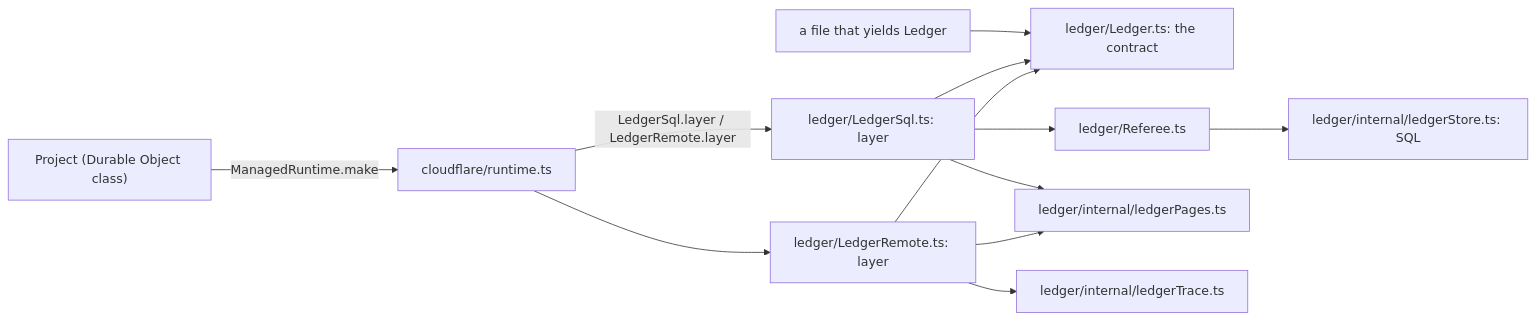
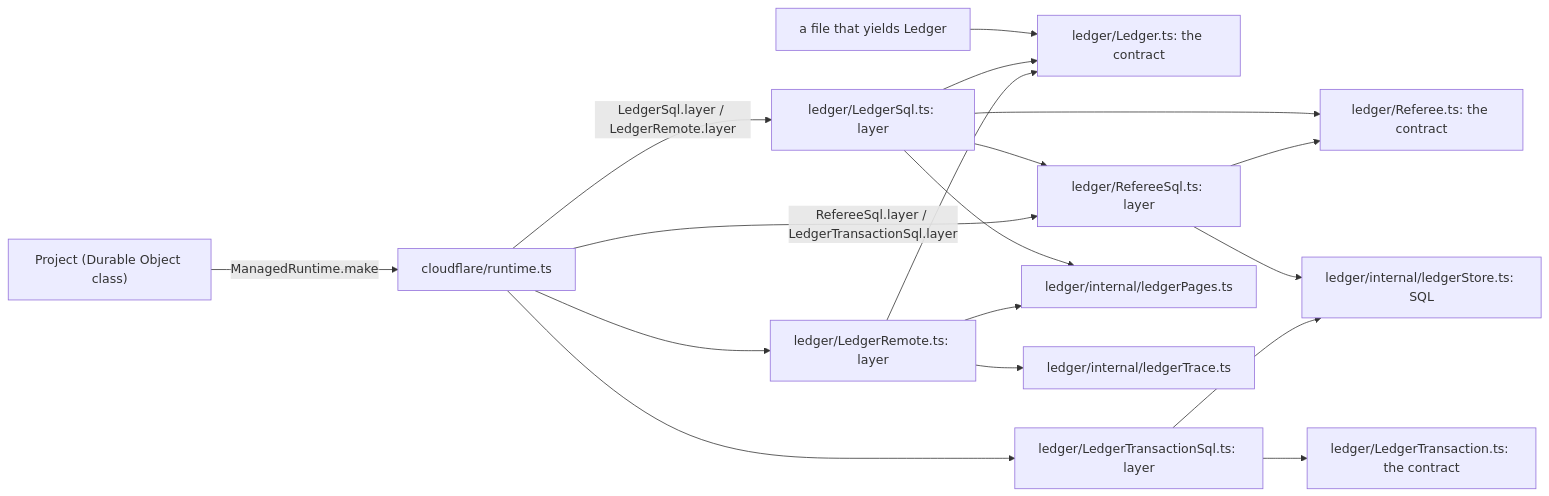
Before and after one commit to usirin/tea-fabrika: the diagram in .patterns/effect-services-and-layers.md, drawn with Mermaid. The commit also changed other lines of this file and 7 other files, not shown here.

Commit message:
T723 build: Ticket 723's build in `next/` is finished. `Referee.ts` and `LedgerTrans

````diff
--- a/.patterns/effect-services-and-layers.md
+++ b/.patterns/effect-services-and-layers.md
@@ -3,14 +3,20 @@
 ```mermaid
 flowchart LR
   caller["a file that yields Ledger"] --> contract["ledger/Ledger.ts: the contract"]
   sql["ledger/LedgerSql.ts: layer"] --> contract
   remote["ledger/LedgerRemote.ts: layer"] --> contract
-  sql --> referee["ledger/Referee.ts"]
-  referee --> store["ledger/internal/ledgerStore.ts: SQL"]
+  sql --> referee["ledger/Referee.ts: the contract"]
+  sql --> refereeSql["ledger/RefereeSql.ts: layer"]
+  refereeSql --> referee
+  refereeSql --> store["ledger/internal/ledgerStore.ts: SQL"]
+  transactionSql["ledger/LedgerTransactionSql.ts: layer"] --> transaction["ledger/LedgerTransaction.ts: the contract"]
+  transactionSql --> store
   sql --> pages["ledger/internal/ledgerPages.ts"]
   remote --> pages
   remote --> trace["ledger/internal/ledgerTrace.ts"]
   runtime["cloudflare/runtime.ts"] -- "LedgerSql.layer / LedgerRemote.layer" --> sql
   runtime --> remote
+  runtime -- "RefereeSql.layer / LedgerTransactionSql.layer" --> refereeSql
+  runtime --> transactionSql
   brain["Project (Durable Object class)"] -- "ManagedRuntime.make" --> runtime
 ```
````
